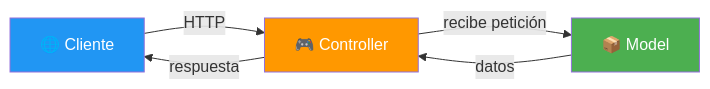
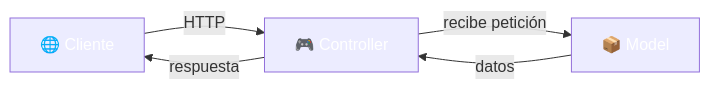
Before and after one commit to joseluisgs/DesarrolloWebEntornosServidor-02-2026-2027: the first of 3 diagrams in 04-controladores-mvc.md, drawn with Mermaid. The commit also changed other lines of this file and 41 other files, not shown here.

````diff
--- a/04-controladores-mvc.md
+++ b/04-controladores-mvc.md
@@ -58,10 +58,10 @@
 ```mermaid
 flowchart LR
     A["🌐 Cliente"] -->|HTTP| B["🎮 Controller"]
     B -->|"recibe petición"| C["📦 Model"]
     C -->|"datos"| B
     B -->|"respuesta"| A
-    style A fill:#2196F3,color:#fff
-    style B fill:#FF9800,color:#fff
-    style C fill:#4CAF50,color:#fff
+    style A fill:#2196F,color:#fff3,color:#fff
+    style B fill:#FF980,color:#fff0,color:#fff
+    style C fill:#4CAF5,color:#fff0,color:#fff
 ```
````
